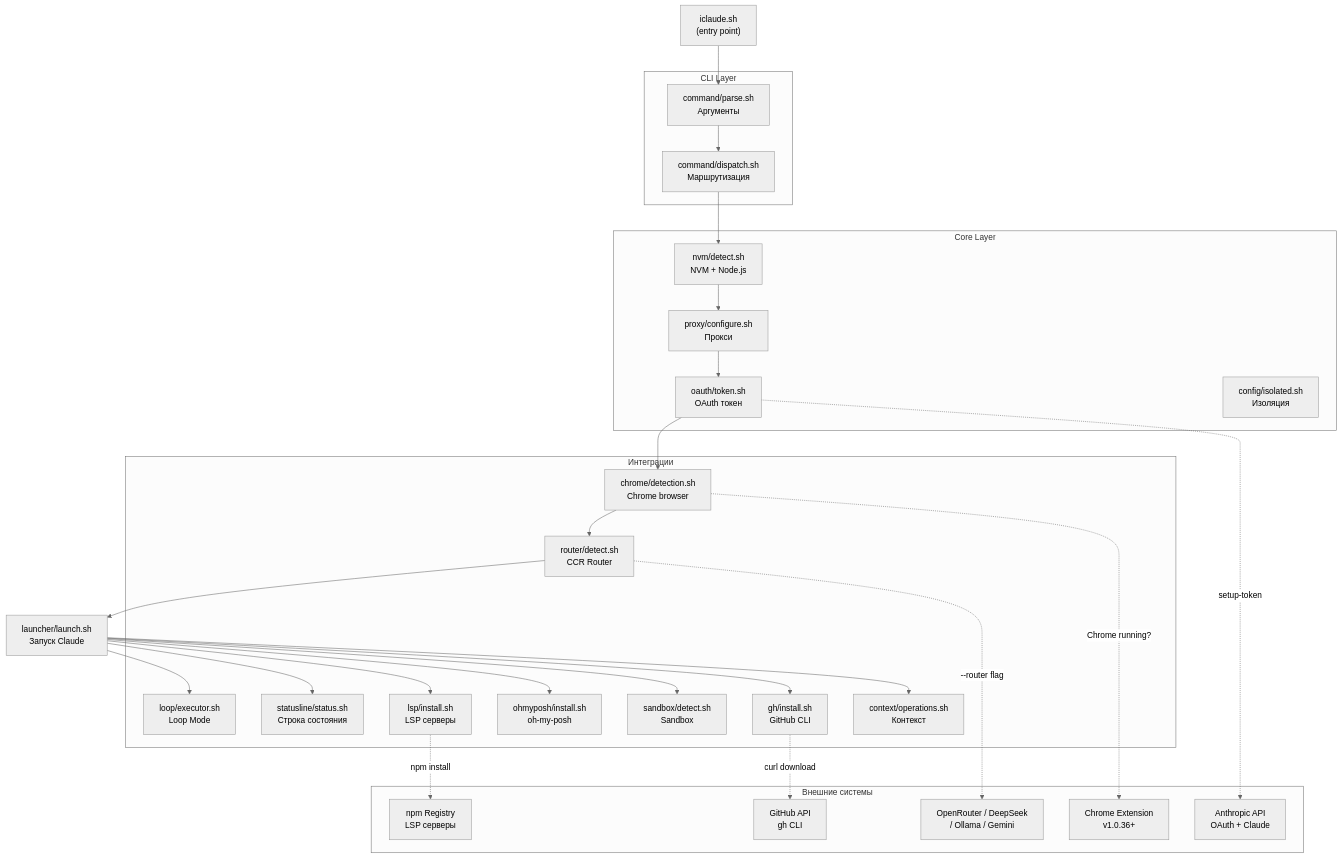
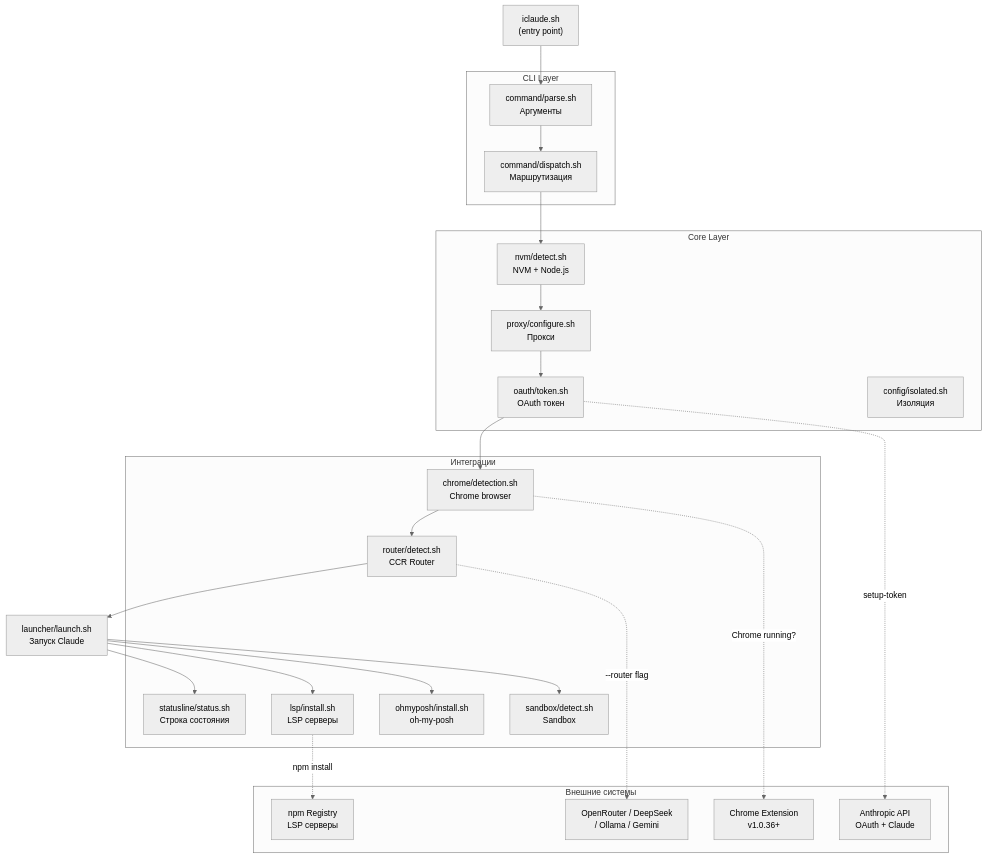
One commit to ikeniborn/iclaude changed the first of 4 diagrams in docs/INTEGRATIONS.md. Above: the diagram before and after it, drawn with Mermaid (neutral theme). The commit also changed other lines of this file and 165 other files, not shown here.

First line of the commit message:
refactor: remove Loop Mode, Context Management, and GH CLI modules

````diff
--- a/docs/INTEGRATIONS.md
+++ b/docs/INTEGRATIONS.md
@@ -93,57 +87,49 @@
 ```mermaid
 graph TB
     Main["iclaude.sh\n(entry point)"]
 
     subgraph CLI["CLI Layer"]
         Parse["command/parse.sh\nАргументы"]
         Dispatch["command/dispatch.sh\nМаршрутизация"]
     end
 
     subgraph Core["Core Layer"]
         NVM["nvm/detect.sh\nNVM + Node.js"]
         Proxy["proxy/configure.sh\nПрокси"]
         OAuth["oauth/token.sh\nОAuth токен"]
         Config["config/isolated.sh\nИзоляция"]
     end
 
     subgraph Integrations["Интеграции"]
         Chrome["chrome/detection.sh\nChrome browser"]
         Router["router/detect.sh\nCCR Router"]
         LSP["lsp/install.sh\nLSP серверы"]
-        Loop["loop/executor.sh\nLoop Mode"]
         Status["statusline/status.sh\nСтрока состояния"]
         OhMyPosh["ohmyposh/install.sh\noh-my-posh"]
         Sandbox["sandbox/detect.sh\nSandbox"]
-        GH["gh/install.sh\nGitHub CLI"]
-        Context["context/operations.sh\nКонтекст"]
     end
 
     subgraph External["Внешние системы"]
         AnthropicAPI["Anthropic API\nOAuth + Claude"]
         ChromeExt["Chrome Extension\nv1.0.36+"]
         OpenRouter["OpenRouter / DeepSeek\n/ Ollama / Gemini"]
-        GitHubAPI["GitHub API\ngh CLI"]
         NPM["npm Registry\nLSP серверы"]
     end
 
     Main --> Parse --> Dispatch
     Dispatch --> NVM
     NVM --> Proxy --> OAuth
     OAuth --> Chrome
     Chrome --> Router
     Router --> Launch["launcher/launch.sh\nЗапуск Claude"]
 
     Chrome -.->|"Chrome running?"| ChromeExt
     Router -.->|"--router flag"| OpenRouter
     OAuth -.->|"setup-token"| AnthropicAPI
     LSP -.->|"npm install"| NPM
-    GH -.->|"curl download"| GitHubAPI
 
-    Launch --> Loop
     Launch --> Status
     Launch --> LSP
     Launch --> OhMyPosh
     Launch --> Sandbox
-    Launch --> GH
-    Launch --> Context
 ```
````
